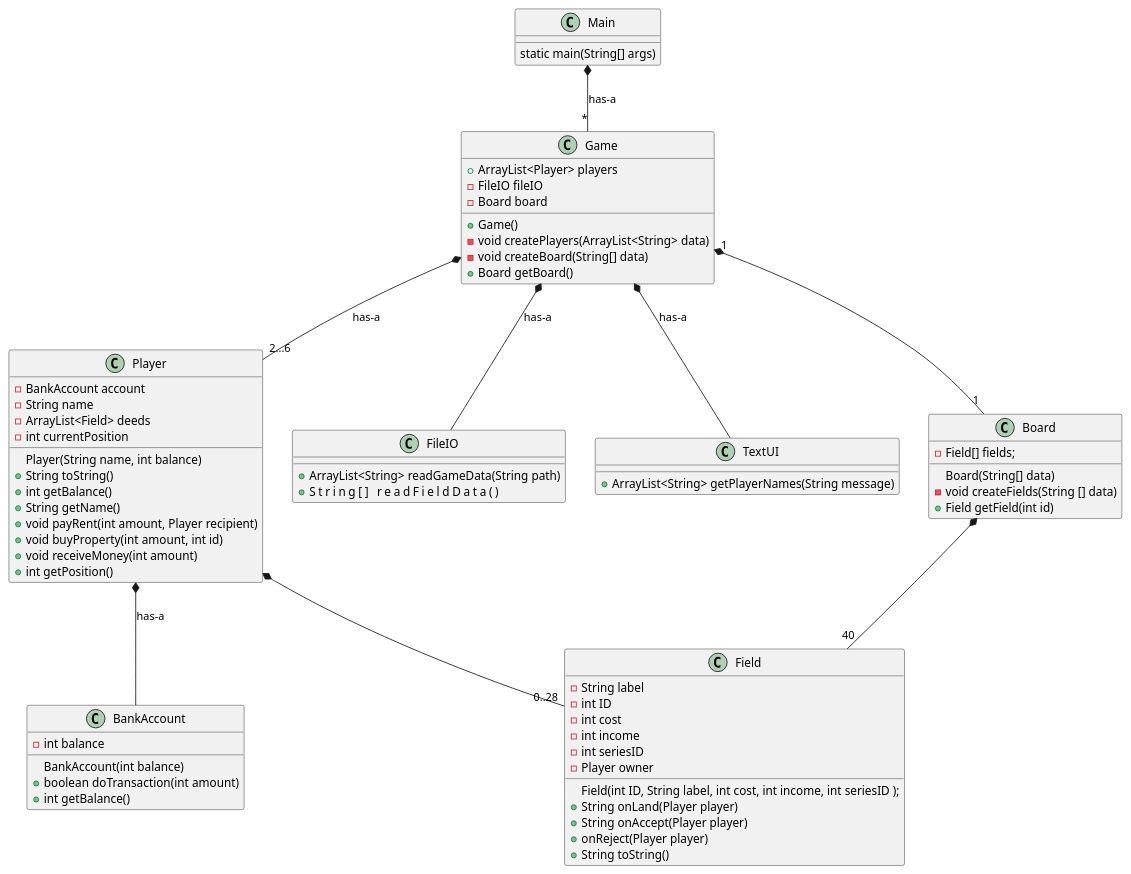
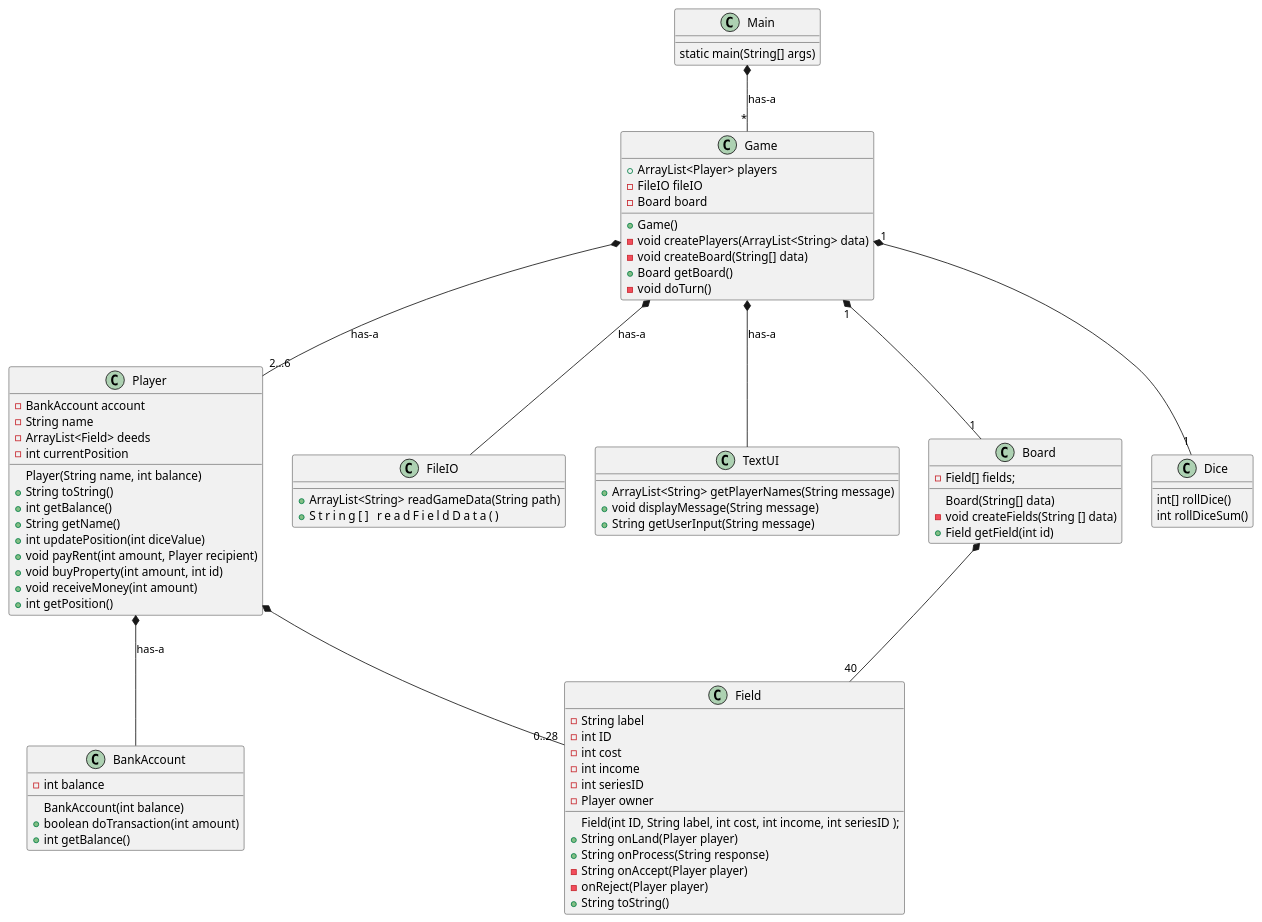
One commit to tessG/F22Matador changed the diagram in documentation/classDiagram_iteration1.puml. Above: the diagram before and after it, drawn with PlantUML.

Commit message:
updated classdiagram

```diff
--- a/documentation/classDiagram_iteration1.puml
+++ b/documentation/classDiagram_iteration1.puml
@@ -1,77 +1,88 @@
 @startuml
 
 class Main
 class Game
 class Player
 class BankAccount
 class FileIO
 class TextUI
 class Board
 
 Main *-- "*" Game: has-a
 Game  *-- "2...6" Player : has-a
 Player *-- BankAccount : has-a
 Game *-- FileIO: has-a
 Game *-- TextUI: has-a
 
 Main : static main(String[] args)
 Game :  +ArrayList<Player> players
 Game :  -FileIO fileIO
 Game :  +Game()
 Game : - void createPlayers(ArrayList<String> data)
 
 
 Player : -BankAccount account
 Player : -String name
 Player : Player(String name, int balance)
 Player : +String toString()
 Player : +int getBalance()
 Player : +String getName()
 Player : -ArrayList<Field> deeds
 Player *-- "0..28"  Field
 
 FileIO : + ArrayList<String> readGameData(String path)
 TextUI : + ArrayList<String> getPlayerNames(String message)
 BankAccount : BankAccount(int balance)
 BankAccount : -int balance
 BankAccount : +boolean doTransaction(int amount)
 BankAccount : +int getBalance()
 
 '* NYT *'
 
 Game "1" *-- "1" Board
 Game : - Board board
 Game : - void createBoard(String[] data)
 Game : + Board getBoard()
+Game : - void doTurn()
+Game "1" *-- "1" Dice
+
+Dice : int[] rollDice()
+Dice : int rollDiceSum()
+
 Board : Board(String[] data)
 FileIO : +String[]                     readFieldData()
 Board *-- "40" Field
 
 'relevant for alle felter
 Field : -String label
 Field : -int ID
 'kun relevant for ting der involverer penge
 Field : -int cost
 Field : -int income
 'kun relevant for ting der kan købes
 Field : -int seriesID
 Field : -Player owner
 'metoder
 Field : Field(int ID, String label, int cost, int income, int seriesID );
 Field : +String onLand(Player player)
-Field : +String onAccept(Player player)
-Field : +onReject(Player player)
+Field : +String onProcess(String response)
+Field : -String onAccept(Player player)
+Field : -onReject(Player player)
 Field : +String toString()
 
 Board : - Field[] fields;
 Board : - void createFields(String [] data)
 Board : + Field getField(int id)
+
 Player : - int currentPosition
+Player : + int updatePosition(int diceValue)
 Player : + void payRent(int amount, Player recipient)
 Player : + void buyProperty(int amount, int id)
 'method for receiving tax, bonus or rent
 Player : + void receiveMoney(int amount)
 Player : + int getPosition()
 
+TextUI : +void displayMessage(String message)
+TextUI : +String getUserInput(String message)
 
 @enduml
```
